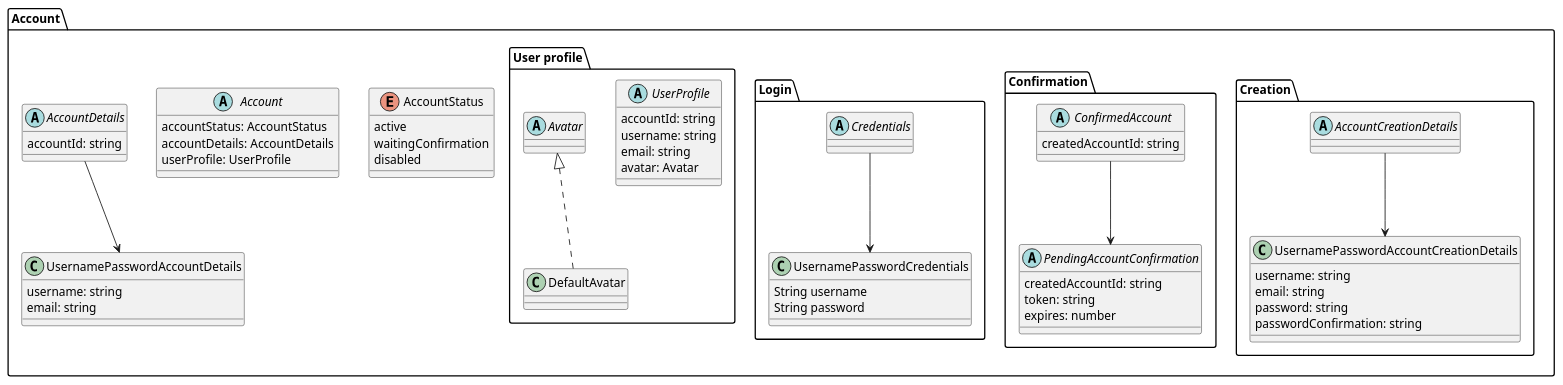
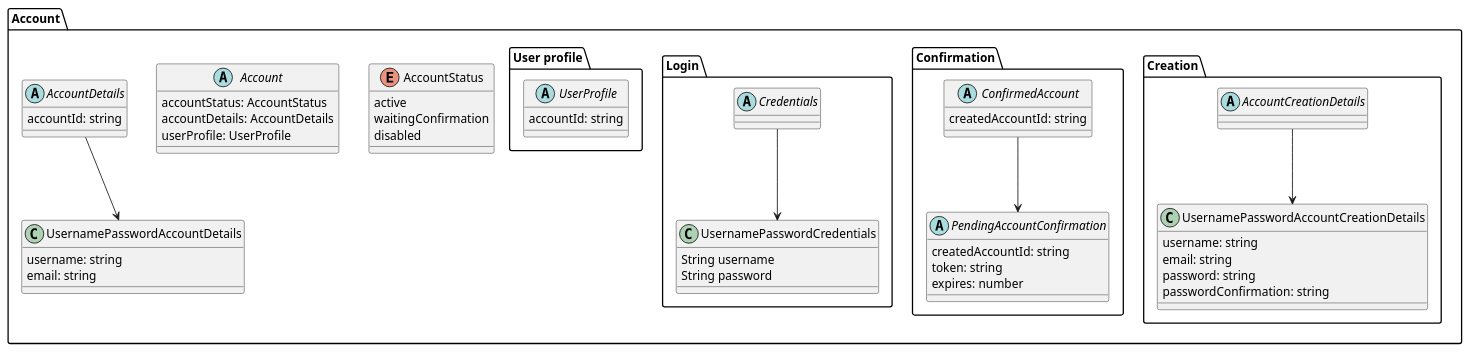
One commit to Naeoth/documentation changed the diagram in src/docs/asciidoc/common/cloud-services/user-management/classes-diagram/account-classes-diagram.adoc. Above: the diagram before and after it, drawn with PlantUML.

Commit message:
fix userprofile

```diff
--- a/src/docs/asciidoc/common/cloud-services/user-management/classes-diagram/account-classes-diagram.adoc
+++ b/src/docs/asciidoc/common/cloud-services/user-management/classes-diagram/account-classes-diagram.adoc
@@ -5,82 +5,73 @@
 [plantuml, account-classes-diagram, png]
 ....
 package "Account" {
 
     package "Creation" {
         abstract class AccountCreationDetails
 
         class UsernamePasswordAccountCreationDetails {
             username: string
             email: string
             password: string
             passwordConfirmation: string
         }
 
         AccountCreationDetails --> UsernamePasswordAccountCreationDetails
     }
 
     package "Confirmation" {
         abstract class ConfirmedAccount {
             createdAccountId: string
         }
 
         abstract class PendingAccountConfirmation {
             createdAccountId: string
             token: string
             expires: number
         }
 
         ConfirmedAccount --> PendingAccountConfirmation
     }
 
     package "Login" {
         abstract class Credentials
 
         class UsernamePasswordCredentials {
             String username
             String password
         }
 
         Credentials --> UsernamePasswordCredentials
     }
 
     enum AccountStatus {
         active
         waitingConfirmation
         disabled
     }
 
     abstract class Account {
         accountStatus: AccountStatus
         accountDetails: AccountDetails
         userProfile: UserProfile
 
     }
 
     abstract class AccountDetails {
         accountId: string
     }
 
     class UsernamePasswordAccountDetails {
         username: string
         email: string
     }
 
     AccountDetails --> UsernamePasswordAccountDetails
 
     package "User profile" {
         abstract class UserProfile {
             accountId: string
-            username: string
-            email: string
-            avatar: Avatar
         }
-
-        abstract class Avatar
-
-        class DefaultAvatar
-
-        Avatar <|.. DefaultAvatar
     }
 }
 ....
```
